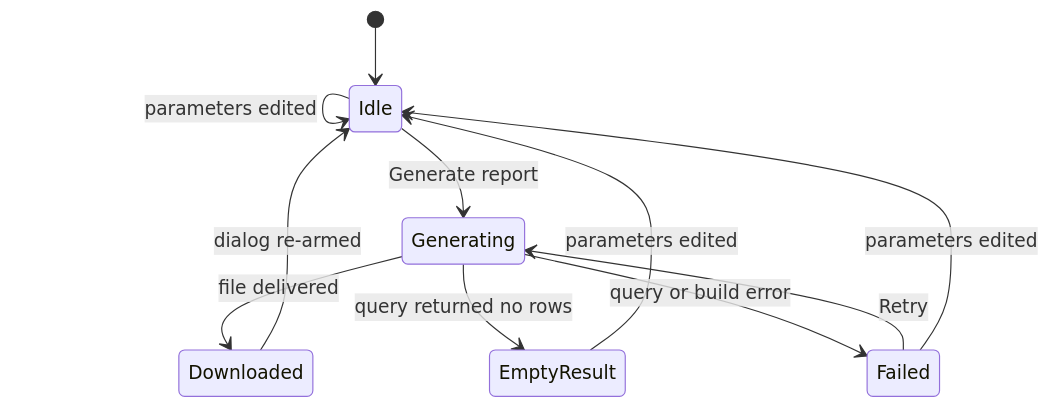
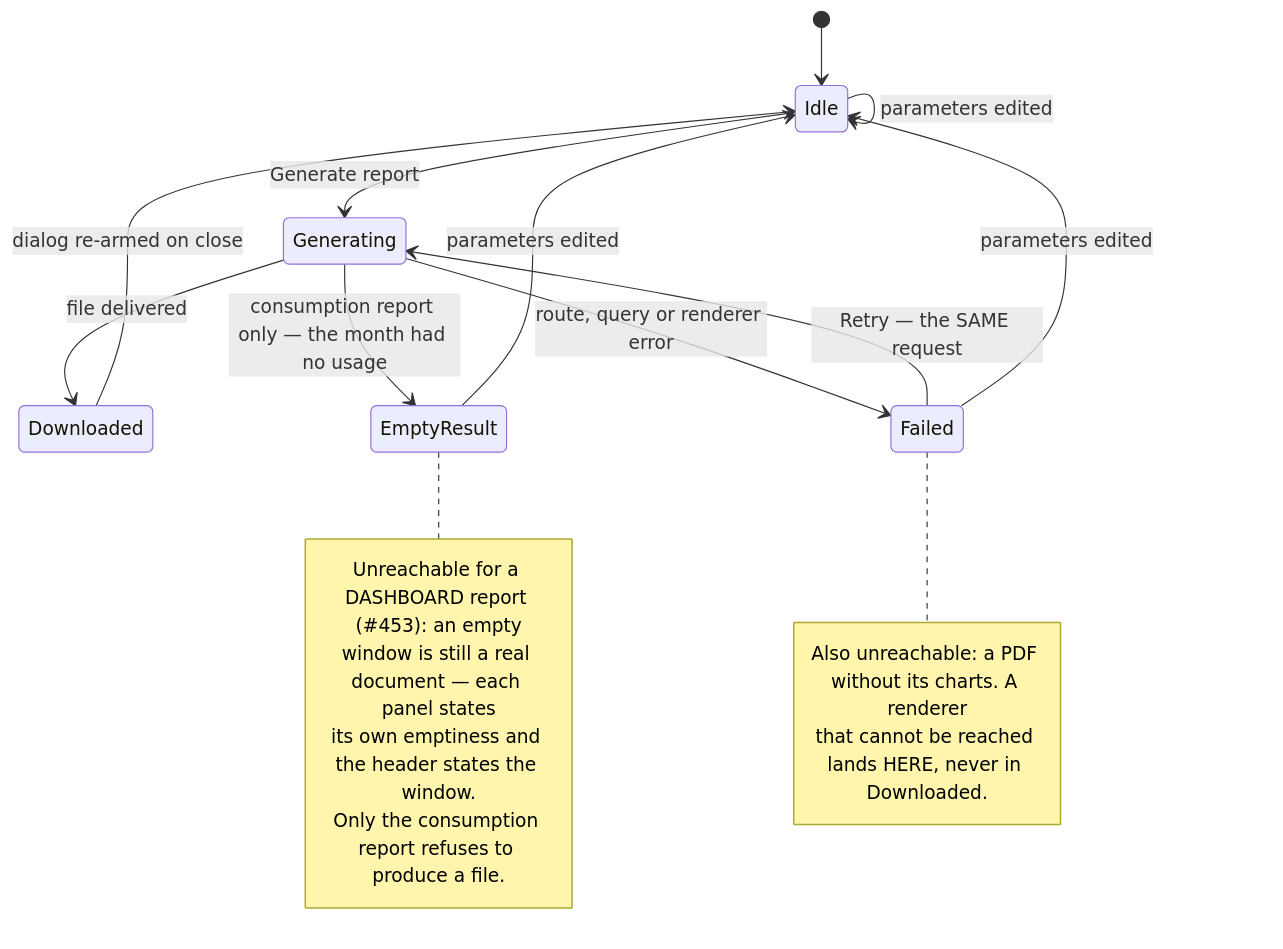
One commit to ADORSYS-GIS/converse-frontends changed the eighth of 10 diagrams in docs/design/console-redesign/README.md. Above: the diagram before and after it, drawn with Mermaid. The commit also changed other lines of this file and 74 other files, not shown here.

````diff
--- a/docs/design/console-redesign/README.md
+++ b/docs/design/console-redesign/README.md
@@ -762,13 +830,26 @@
 ```mermaid
 stateDiagram-v2
+    direction TB
     [*] --> Idle
     Idle --> Idle: parameters edited
     Idle --> Generating: Generate report
     Generating --> Downloaded: file delivered
-    Generating --> EmptyResult: query returned no rows
-    Generating --> Failed: query or build error
-    Downloaded --> Idle: dialog re-armed
+    Generating --> EmptyResult: consumption report only — the month had no usage
+    Generating --> Failed: route, query or renderer error
+    Downloaded --> Idle: dialog re-armed on close
     EmptyResult --> Idle: parameters edited
-    Failed --> Generating: Retry
+    Failed --> Generating: Retry — the SAME request
     Failed --> Idle: parameters edited
+
+    note right of EmptyResult
+      Unreachable for a DASHBOARD report (#453): an empty
+      window is still a real document — each panel states
+      its own emptiness and the header states the window.
+      Only the consumption report refuses to produce a file.
+    end note
+
+    note right of Failed
+      Also unreachable: a PDF without its charts. A renderer
+      that cannot be reached lands HERE, never in Downloaded.
+    end note
 ```
````
